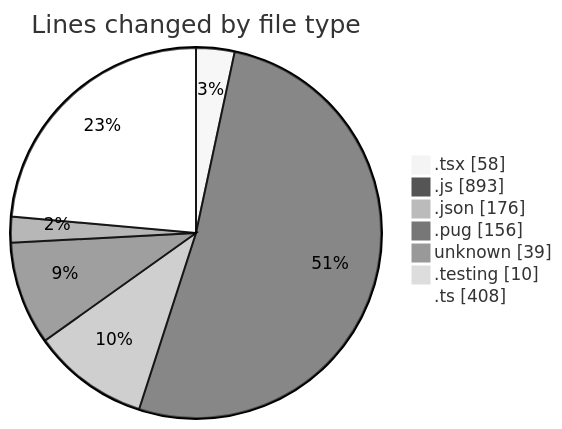
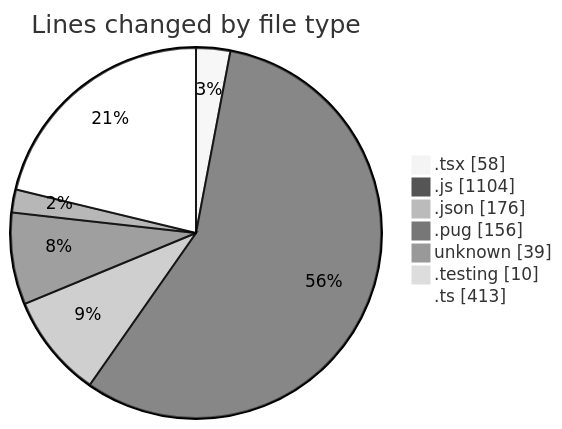
One commit to momahboobian/code-tracking changed the first of 2 diagrams in 2025-03-07/cda/README.md. Above: the diagram before and after it, drawn with Mermaid (neutral theme). The commit also changed other lines of this file and 1 other file, not shown here.

````diff
--- a/2025-03-07/cda/README.md
+++ b/2025-03-07/cda/README.md
@@ -33,11 +33,11 @@
 ```mermaid
 pie showData
 title Lines changed by file type
 ".tsx" : 58
-".js" : 893
+".js" : 1104
 ".json" : 176
 ".pug" : 156
 "unknown" : 39
 ".testing" : 10
-".ts" : 408
+".ts" : 413
 ```
````
